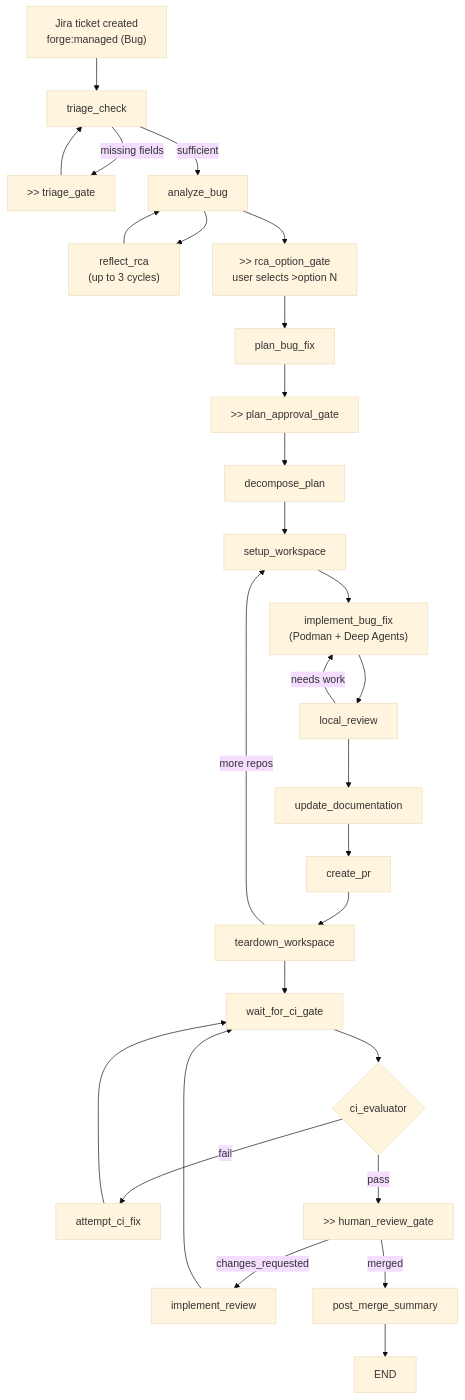
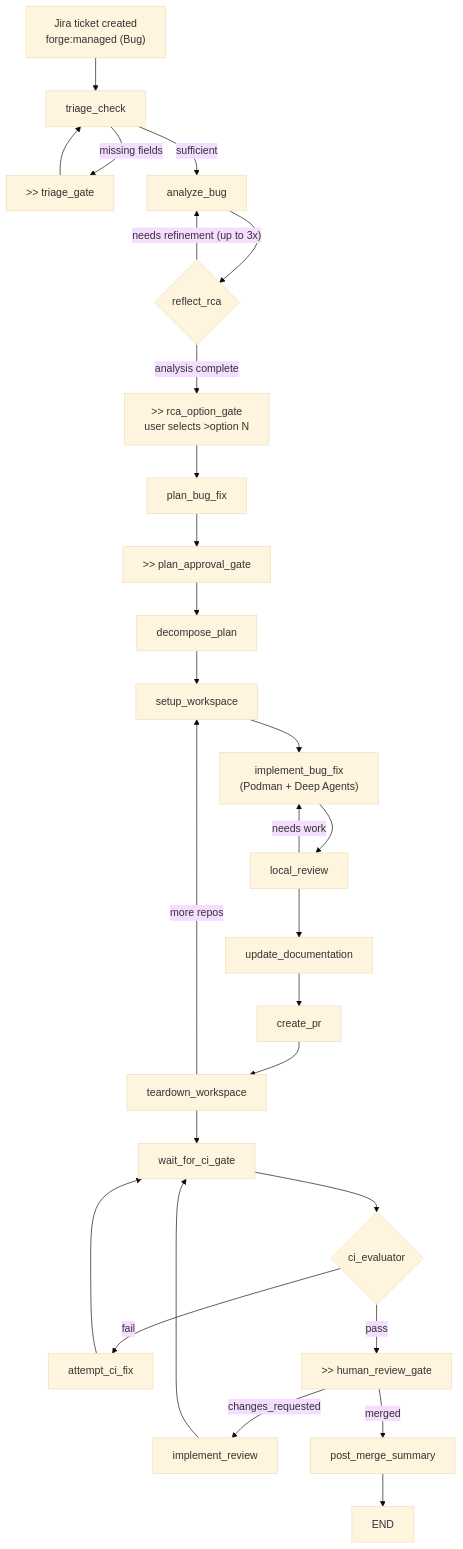
Before and after one commit to ekuris-redhat/forge: the third of 4 diagrams in docs/architecture.md, drawn with Mermaid (base theme). The commit also changed other lines of this file, not shown here.

First line of the commit message:
Address PR review feedback on architecture diagram

````diff
--- a/docs/architecture.md
+++ b/docs/architecture.md
@@ -110,32 +110,32 @@
 ```mermaid
 flowchart TD
     A["Jira ticket created\nforge:managed (Bug)"] --> B[triage_check]
     B -->|missing fields| C[">> triage_gate"]
     C --> B
     B -->|sufficient| D[analyze_bug]
-    D --> E["reflect_rca\n(up to 3 cycles)"]
-    E --> D
-    D --> F[">> rca_option_gate\nuser selects >option N"]
+    D --> E{reflect_rca}
+    E -->|"needs refinement (up to 3x)"| D
+    E -->|"analysis complete"| F[">> rca_option_gate\nuser selects >option N"]
     F --> G[plan_bug_fix]
     G --> H[">> plan_approval_gate"]
     H --> I[decompose_plan]
 
     I --> J[setup_workspace]
     J --> K["implement_bug_fix\n(Podman + Deep Agents)"]
     K --> L[local_review]
     L -->|"needs work"| K
     L --> M[update_documentation]
     M --> N[create_pr]
     N --> O[teardown_workspace]
     O -->|more repos| J
 
     O --> P[wait_for_ci_gate]
     P --> Q{ci_evaluator}
     Q -->|fail| R["attempt_ci_fix"]
     R --> P
     Q -->|pass| S[">> human_review_gate"]
     S -->|changes_requested| T[implement_review]
     T --> P
     S -->|merged| U[post_merge_summary]
     U --> V[END]
 ```
````
